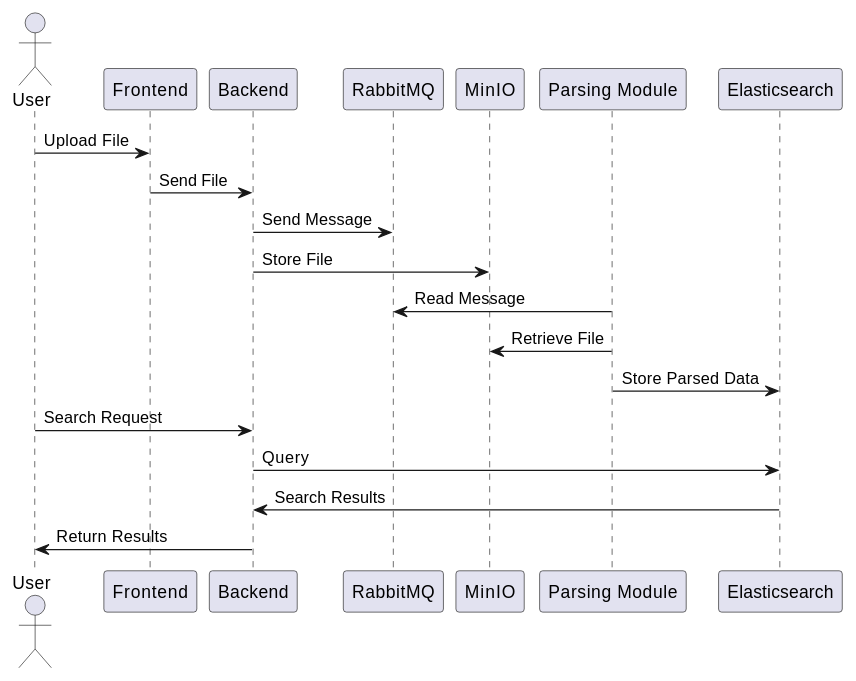
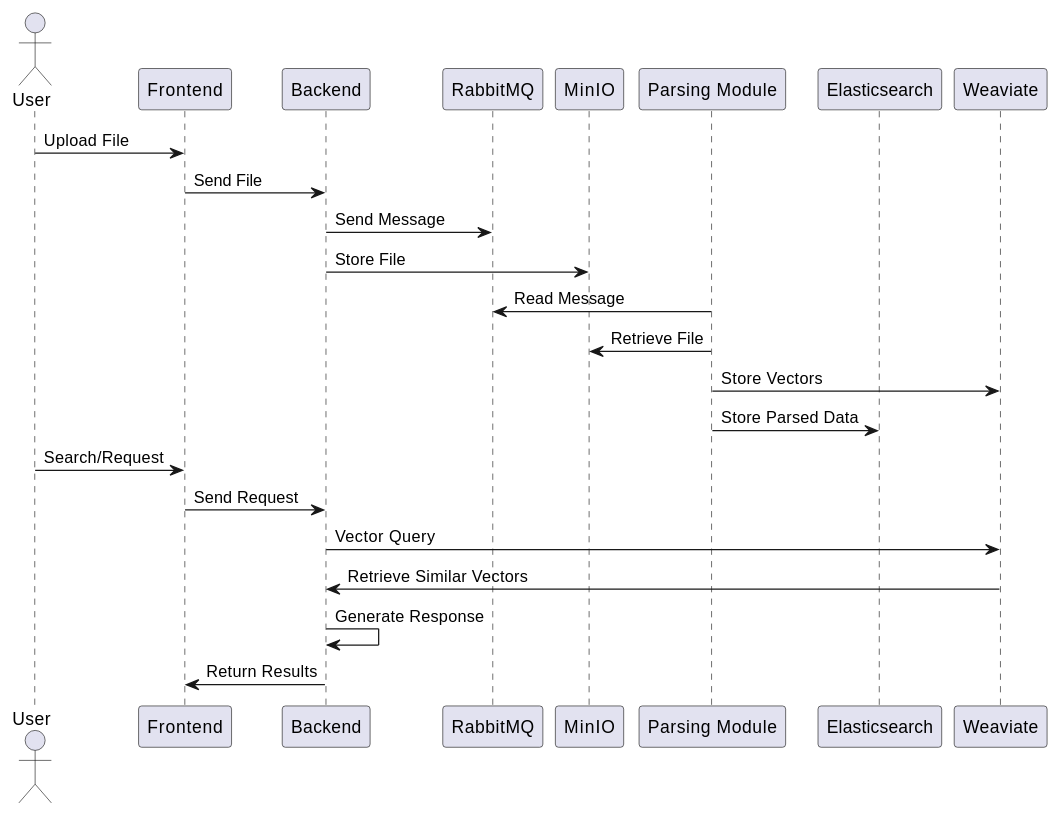
Before and after one commit to peacewang017/KloudMinds: the second of 2 diagrams in information.md, drawn with PlantUML. The commit also changed 2 other files, not shown here.

Commit message:
feat: Update 'information.md' and remove 'test1.py'

````diff
--- a/information.md
+++ b/information.md
@@ -264,25 +264,31 @@
 ```plantuml
 @startuml
 actor User
 
 participant "Frontend" as FE
 participant "Backend" as BE
 participant "RabbitMQ" as MQ
 participant "MinIO" as MinIO
 participant "Parsing Module" as PM
 participant "Elasticsearch" as ES
+participant "Weaviate" as VD
 
 User -> FE : Upload File
 FE -> BE : Send File
 BE -> MQ : Send Message
 BE -> MinIO : Store File
 PM -> MQ : Read Message
 PM -> MinIO : Retrieve File
+PM -> VD : Store Vectors
 PM -> ES : Store Parsed Data
-User -> BE : Search Request
-BE -> ES : Query
-ES -> BE : Search Results
-BE -> User : Return Results
+User -> FE : Search/Request
+FE -> BE : Send Request
+BE -> VD : Vector Query
+VD -> BE : Retrieve Similar Vectors
+BE -> BE : Generate Response
+BE -> FE : Return Results
+@enduml
 
-@enduml
+
+
 ```
````
